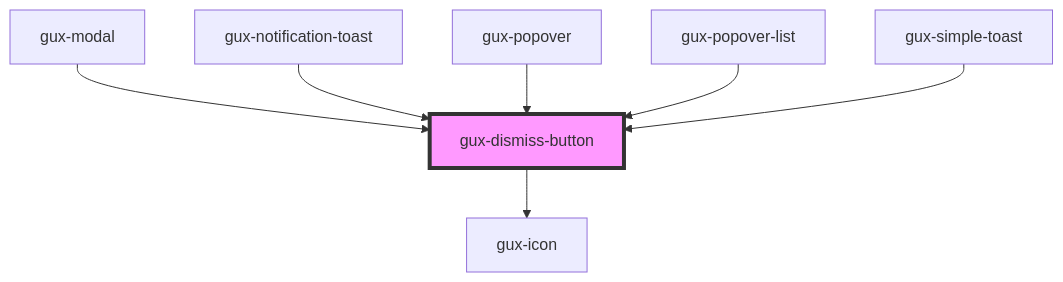
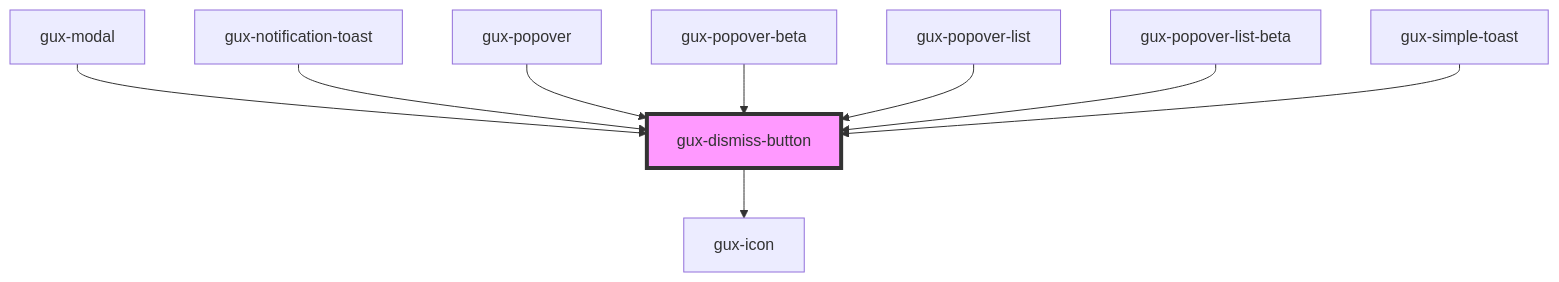
One commit to MyPureCloud/genesys-spark changed the diagram in src/components/stable/gux-dismiss-button/readme.md. Above: the diagram before and after it, drawn with Mermaid. The commit also changed other lines of this file and 14 other files, not shown here.

First line of the commit message:
fix(gux-popover-beta): fix arrow placement (#1112)

````diff
--- a/src/components/stable/gux-dismiss-button/readme.md
+++ b/src/components/stable/gux-dismiss-button/readme.md
@@ -30,10 +32,12 @@
 ```mermaid
 graph TD;
   gux-dismiss-button --> gux-icon
   gux-modal --> gux-dismiss-button
   gux-notification-toast --> gux-dismiss-button
   gux-popover --> gux-dismiss-button
+  gux-popover-beta --> gux-dismiss-button
   gux-popover-list --> gux-dismiss-button
+  gux-popover-list-beta --> gux-dismiss-button
   gux-simple-toast --> gux-dismiss-button
   style gux-dismiss-button fill:#f9f,stroke:#333,stroke-width:4px
 ```
````
